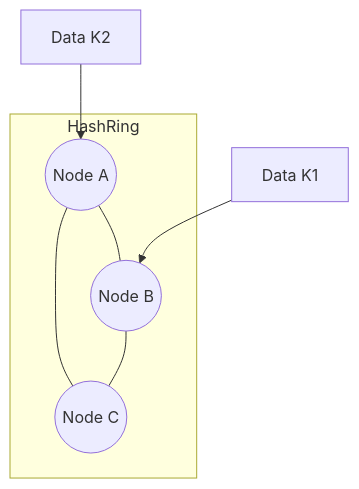
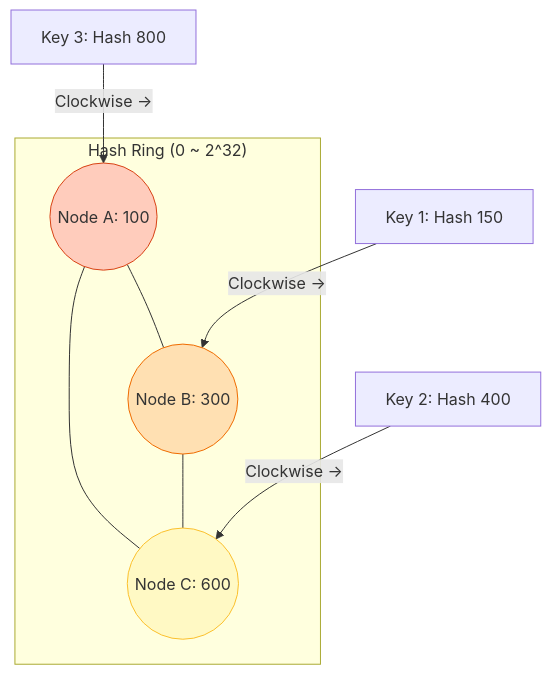
Before and after one commit to jyukki97/study-blog: the first of 3 diagrams in content/learning/deep-dive/deep-dive-sharding-consistent-hashing.md, drawn with Mermaid. The commit also changed other lines of this file and 85 other files, not shown here.

````diff
--- a/content/learning/deep-dive/deep-dive-sharding-consistent-hashing.md
+++ b/content/learning/deep-dive/deep-dive-sharding-consistent-hashing.md
@@ -46,11 +55,20 @@
 ```mermaid
 graph TD
-    subgraph HashRing
-    N1((Node A)) --- N2((Node B))
-    N2 --- N3((Node C))
-    N3 --- N1
+    subgraph Ring ["Hash Ring (0 ~ 2^32)"]
+        N1((Node A: 100))
+        N2((Node B: 300))
+        N3((Node C: 600))
+        
+        N1 --- N2
+        N2 --- N3
+        N3 --- N1
     end
     
-    Data1[Data K1] --> N2
-    Data2[Data K2] --> N1
+    Data1[Key 1: Hash 150] -->|Clockwise ->| N2
+    Data2[Key 2: Hash 400] -->|Clockwise ->| N3
+    Data3[Key 3: Hash 800] -->|Clockwise ->| N1
+    
+    style N1 fill:#ffccbc,stroke:#d84315
+    style N2 fill:#ffe0b2,stroke:#ef6c00
+    style N3 fill:#fff9c4,stroke:#fbc02d
 ```
````
